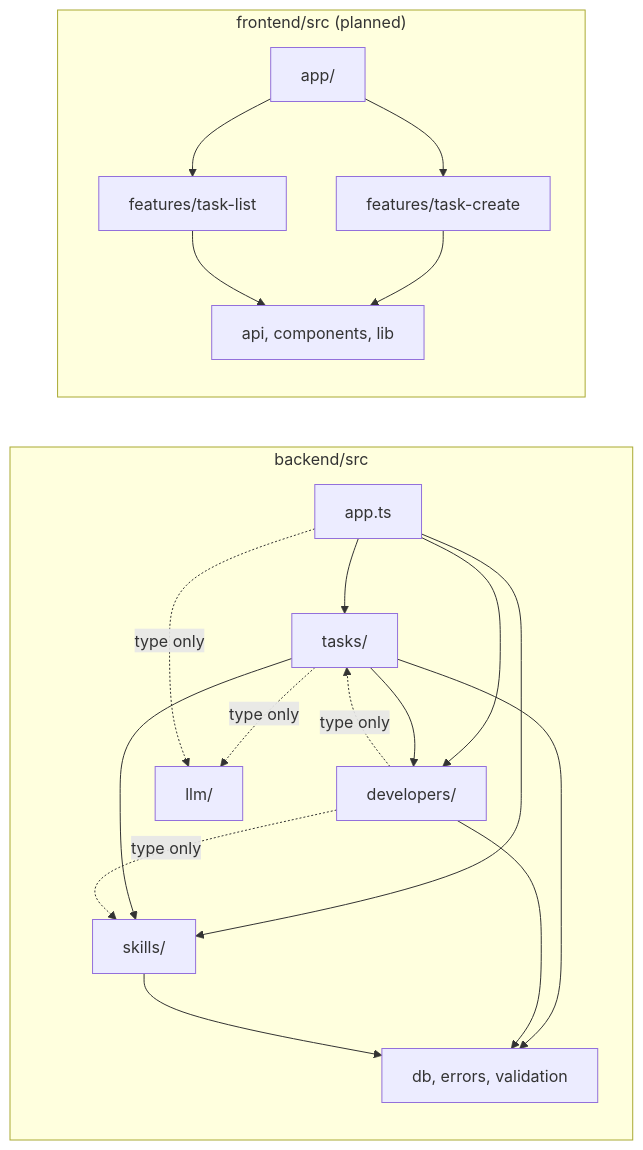
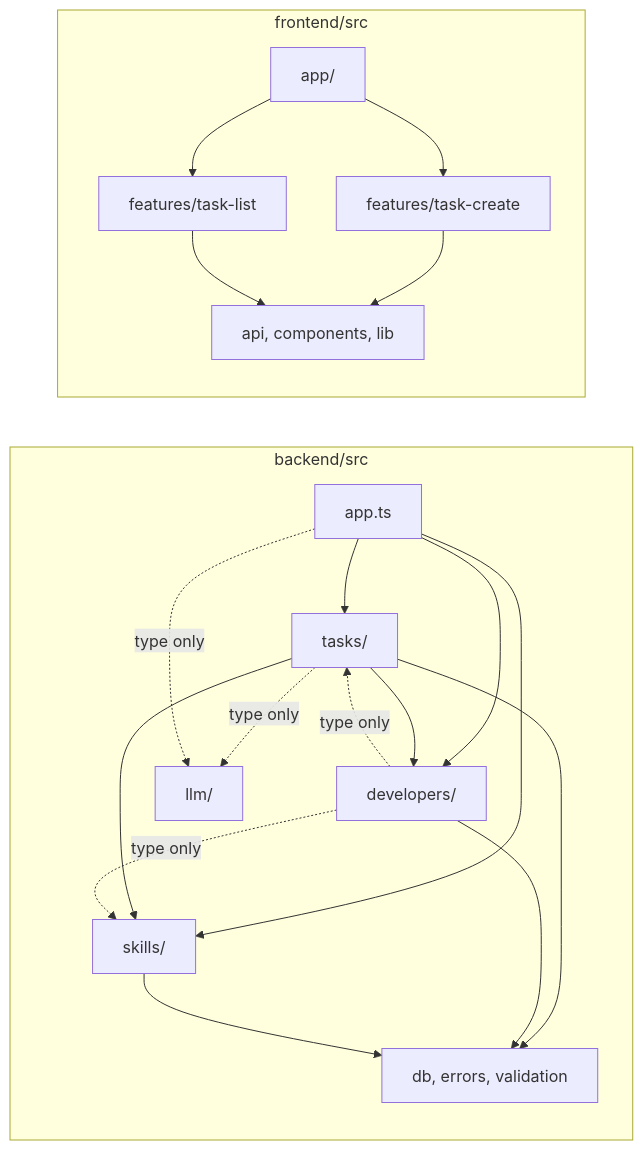
The second of 5 diagrams in docs/design.md (hanchiang/task-assignment-app), drawn with Mermaid before and after one commit. The commit also changed other lines of this file and 42 other files, not shown here.

````diff
--- a/docs/design.md
+++ b/docs/design.md
@@ -60,17 +60,17 @@
 ```mermaid
 flowchart LR
     subgraph be["backend/src"]
       appts["app.ts"] --> tasks["tasks/"] & developers["developers/"] & skills["skills/"]
       tasks --> developers
       tasks --> skills
       developers -.->|type only| skills
       developers -.->|type only| tasks
       tasks -.->|type only| llm["llm/"]
       appts -.->|type only| llm
       tasks & developers & skills --> bshared["db, errors, validation"]
     end
-    subgraph fe["frontend/src (planned)"]
+    subgraph fe["frontend/src"]
       app["app/"] --> list["features/task-list"] & create["features/task-create"]
       list & create --> fshared["api, components, lib"]
     end
 ```
````
